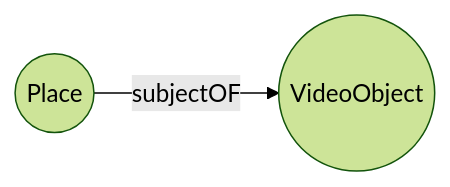
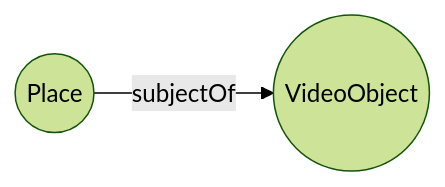
Before and after one commit to contentdesk/python-contentdesk: the diagram in docs/types/VideoObject.md, drawn with Mermaid (forest theme).

Commit message:
Refactor code to update VideoObject.md with mermaid syntax for graph visualization

````diff
--- a/docs/types/VideoObject.md
+++ b/docs/types/VideoObject.md
@@ -7,4 +7,4 @@
 ```mermaid
 graph LR
-    Place((Place)) -->|subjectOF|VideoObject(("VideoObject"))
+    Place((Place)) -->|subjectOf| VideoObject(("VideoObject"))
 ```
````
